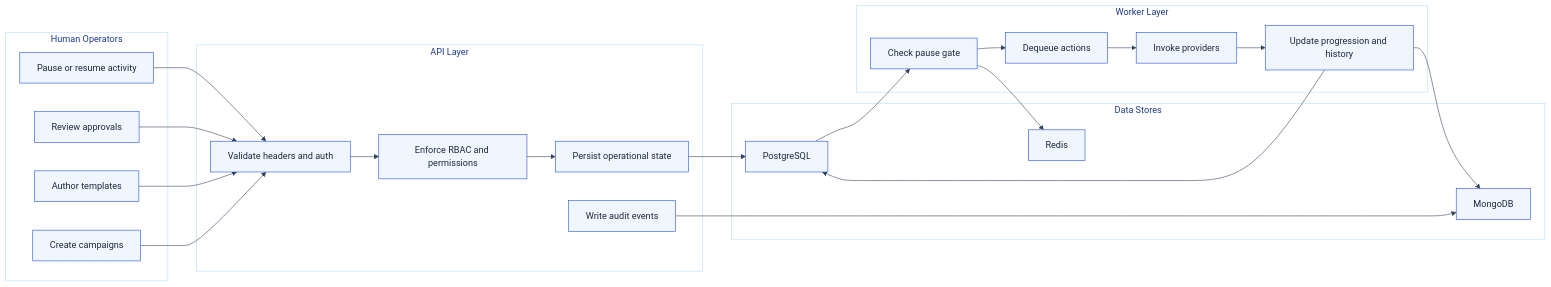
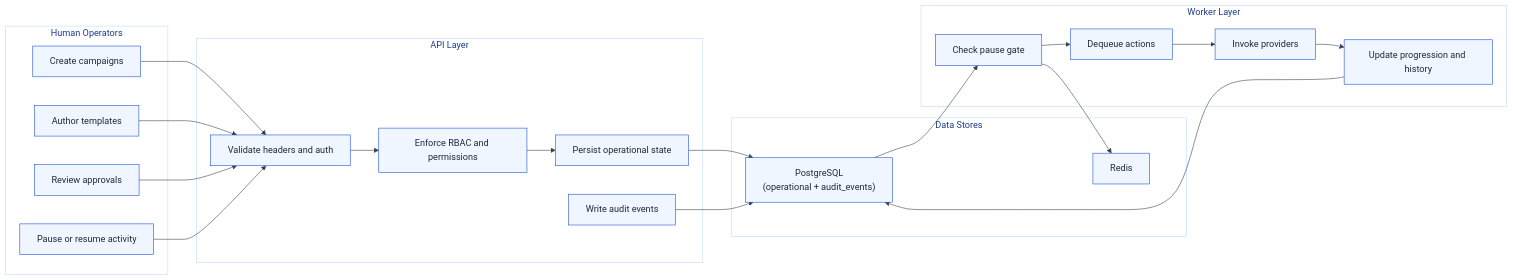
One commit to karthikrchandran/SignalLoop changed the ninth of 9 diagrams in docs/architecture/process-flows.md. Above: the diagram before and after it, drawn with Mermaid. The commit also changed other lines of this file and 110 other files, not shown here.

````diff
--- a/docs/architecture/process-flows.md
+++ b/docs/architecture/process-flows.md
@@ -212,46 +212,44 @@
 ```mermaid
 %%{init: {"theme": "base", "themeVariables": {"primaryColor": "#EFF6FF", "primaryTextColor": "#1F2937", "primaryBorderColor": "#1D4ED8", "lineColor": "#334155", "secondaryColor": "#F3F4F6", "secondaryTextColor": "#1F2937", "tertiaryColor": "#DBEAFE", "tertiaryTextColor": "#1E3A8A", "background": "#F9FAFB", "clusterBkg": "#FFFFFF", "clusterBorder": "#BFDBFE", "fontFamily": "Inter, Segoe UI, sans-serif"}}}%%
 flowchart LR
     subgraph Human["Human Operators"]
         H1["Create campaigns"]
         H2["Author templates"]
         H3["Review approvals"]
         H4["Pause or resume activity"]
     end
 
     subgraph API["API Layer"]
         A1["Validate headers and auth"]
         A2["Enforce RBAC and permissions"]
         A3["Persist operational state"]
         A4["Write audit events"]
     end
 
     subgraph Worker["Worker Layer"]
         W1["Check pause gate"]
         W2["Dequeue actions"]
         W3["Invoke providers"]
         W4["Update progression and history"]
     end
 
     subgraph Data["Data Stores"]
-        D1["PostgreSQL"]
-        D2["MongoDB"]
+        D1["PostgreSQL\n(operational + audit_events)"]
         D3["Redis"]
     end
 
     H1 --> A1
     H2 --> A1
     H3 --> A1
     H4 --> A1
     A1 --> A2
     A2 --> A3
     A3 --> D1
-    A4 --> D2
+    A4 --> D1
     D1 --> W1
     W1 --> W2
     W2 --> W3
     W3 --> W4
     W4 --> D1
-    W4 --> D2
     W1 --> D3
 ```
````
